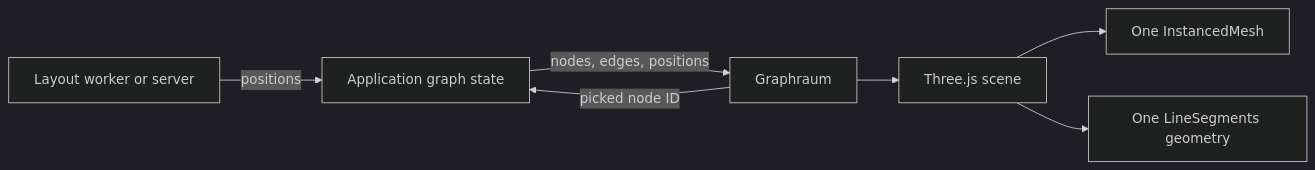
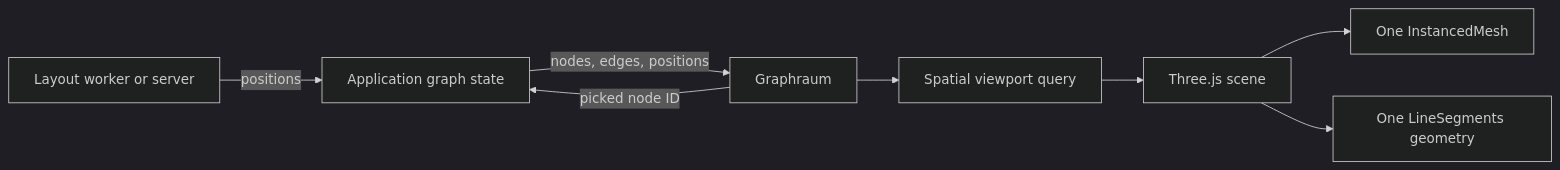
The diagram in docs/src/content/docs/architecture.mdx (domudev/graphraum), drawn with Mermaid (dark theme) before and after one commit. The commit also changed other lines of this file and 7 other files, not shown here.

````diff
--- a/docs/src/content/docs/architecture.mdx
+++ b/docs/src/content/docs/architecture.mdx
@@ -10,9 +10,10 @@
 ```mermaid
 flowchart LR
   App[Application graph state] -->|nodes, edges, positions| Graphraum
   Layout[Layout worker or server] -->|positions| App
-  Graphraum --> Scene[Three.js scene]
+  Graphraum --> Viewport[Spatial viewport query]
+  Viewport --> Scene[Three.js scene]
   Scene --> Nodes[One InstancedMesh]
   Scene --> Edges[One LineSegments geometry]
   Graphraum -->|picked node ID| App
 ```
````
